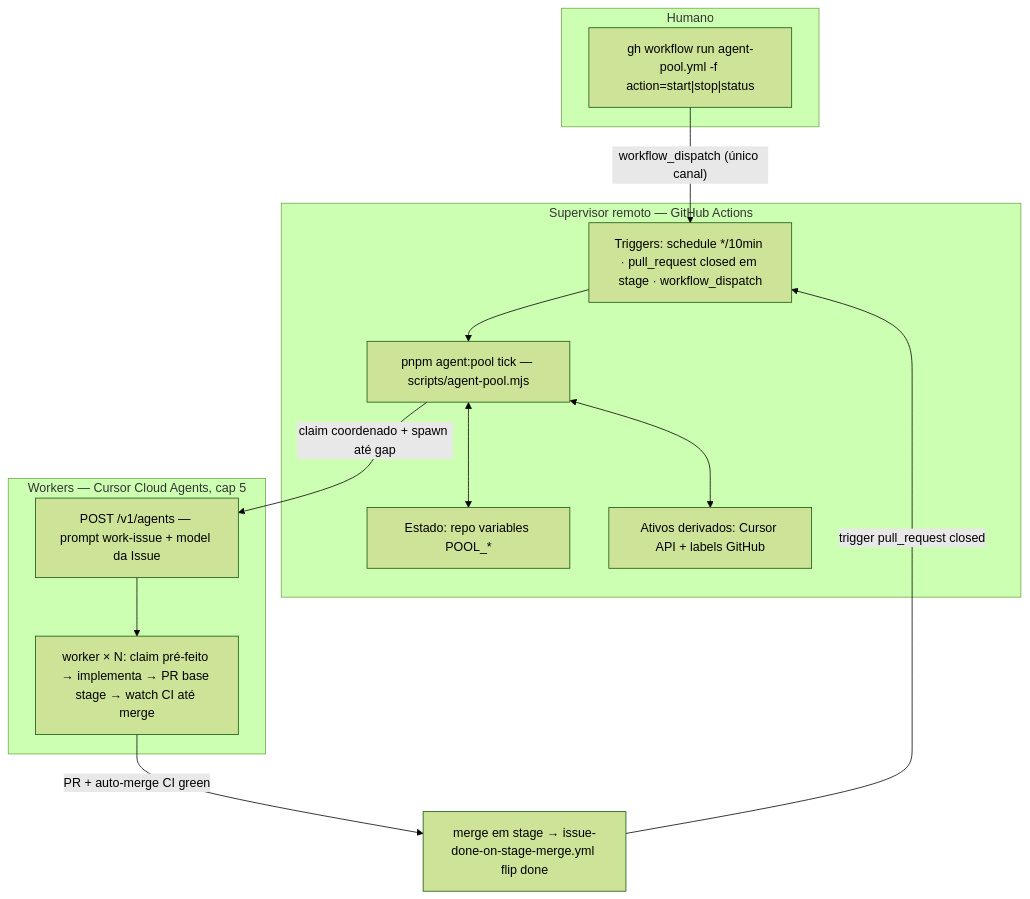
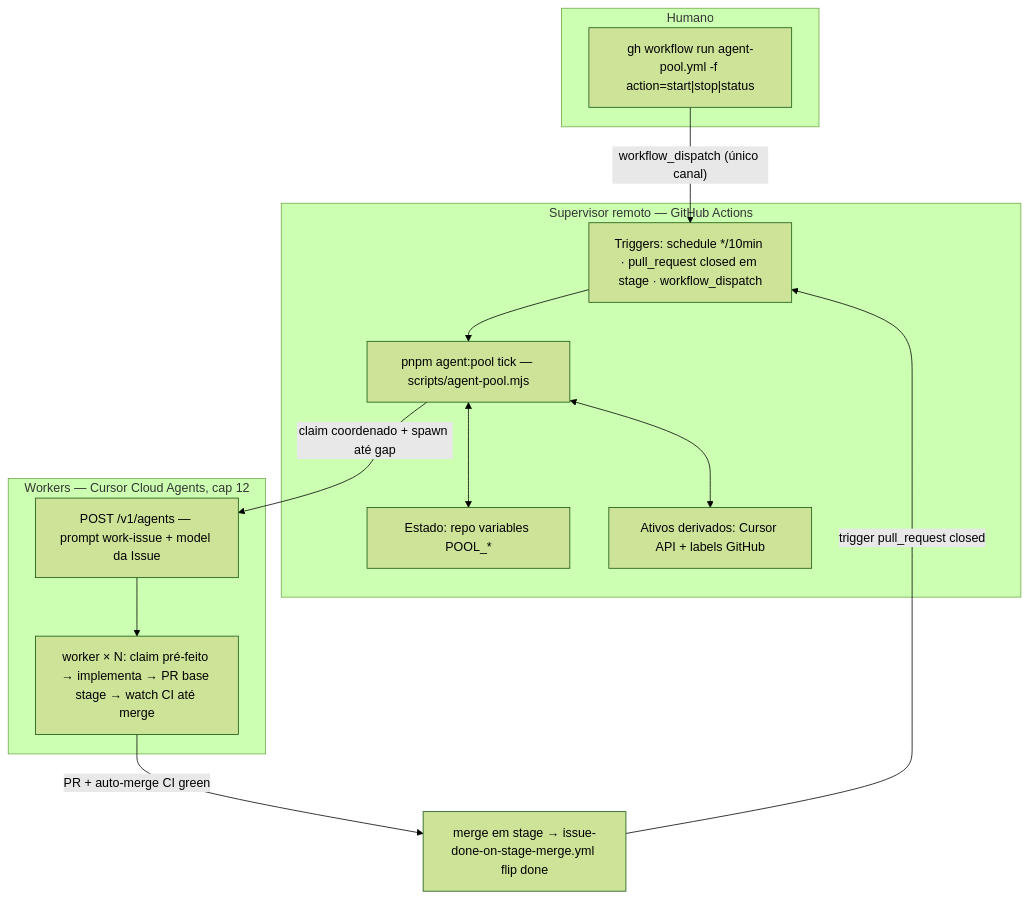
One commit to fsolla/teqo changed the diagram in docs/plans/agent-pool-orchestrator.md. Above: the diagram before and after it, drawn with Mermaid (forest theme). The commit also changed other lines of this file and 4 other files, not shown here.

````diff
--- a/docs/plans/agent-pool-orchestrator.md
+++ b/docs/plans/agent-pool-orchestrator.md
@@ -49,27 +49,27 @@
 ```mermaid
 flowchart TB
   subgraph humano [Humano]
     Cmd["gh workflow run agent-pool.yml -f action=start|stop|status"]
   end
 
   subgraph sup [Supervisor remoto — GitHub Actions]
     Trig["Triggers: schedule */10min · pull_request closed em stage · workflow_dispatch"]
     Tick["pnpm agent:pool tick — scripts/agent-pool.mjs"]
     Vars["Estado: repo variables POOL_*"]
     Derive["Ativos derivados: Cursor API + labels GitHub"]
     Trig --> Tick
     Tick <--> Vars
     Tick <--> Derive
   end
 
-  subgraph workers [Workers — Cursor Cloud Agents, cap 5]
+  subgraph workers [Workers — Cursor Cloud Agents, cap 12]
     Spawn["POST /v1/agents — prompt work-issue + model da Issue"]
     W["worker × N: claim pré-feito → implementa → PR base stage → watch CI até merge"]
     Spawn --> W
   end
 
   Cmd -->|"workflow_dispatch (único canal)"| Trig
   Tick -->|"claim coordenado + spawn até gap"| Spawn
   W -->|"PR + auto-merge CI green"| Merge["merge em stage → issue-done-on-stage-merge.yml flip done"]
   Merge -->|"trigger pull_request closed"| Trig
 ```
````
